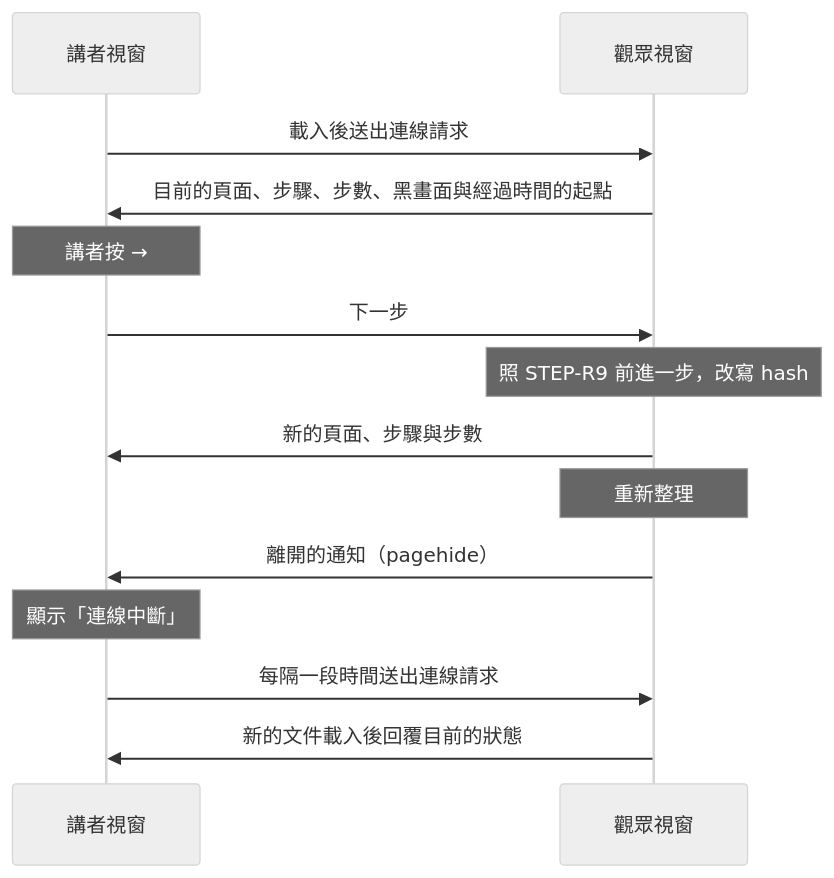
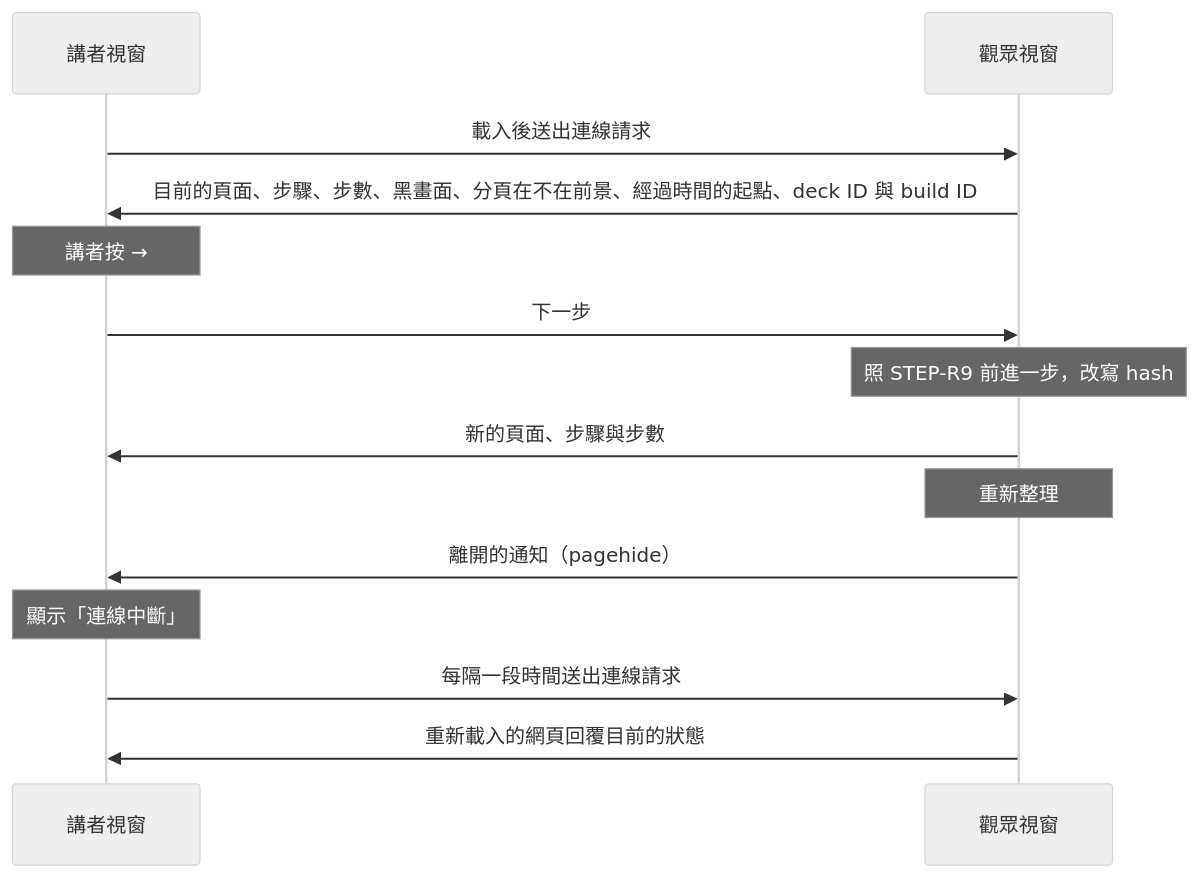
Before and after one commit to bingyangchen/diapo: the second of 2 diagrams in docs/plans/0004-presenter-mode.md, drawn with Mermaid (neutral theme). The commit also changed other lines of this file and 6 other files, not shown here.

````diff
--- a/docs/plans/0004-presenter-mode.md
+++ b/docs/plans/0004-presenter-mode.md
@@ -713,16 +1500,16 @@
 ```mermaid
 sequenceDiagram
   participant presenter as 講者視窗
   participant audience as 觀眾視窗
   presenter->>audience: 載入後送出連線請求
-  audience->>presenter: 目前的頁面、步驟、步數、黑畫面與經過時間的起點
+  audience->>presenter: 目前的頁面、步驟、步數、黑畫面、分頁在不在前景、經過時間的起點、deck ID 與 build ID
   Note over presenter: 講者按 →
   presenter->>audience: 下一步
   Note over audience: 照 STEP-R9 前進一步，改寫 hash
   audience->>presenter: 新的頁面、步驟與步數
   Note over audience: 重新整理
   audience->>presenter: 離開的通知（pagehide）
   Note over presenter: 顯示「連線中斷」
   presenter->>audience: 每隔一段時間送出連線請求
-  audience->>presenter: 新的文件載入後回覆目前的狀態
+  audience->>presenter: 重新載入的網頁回覆目前的狀態
 ```
````
